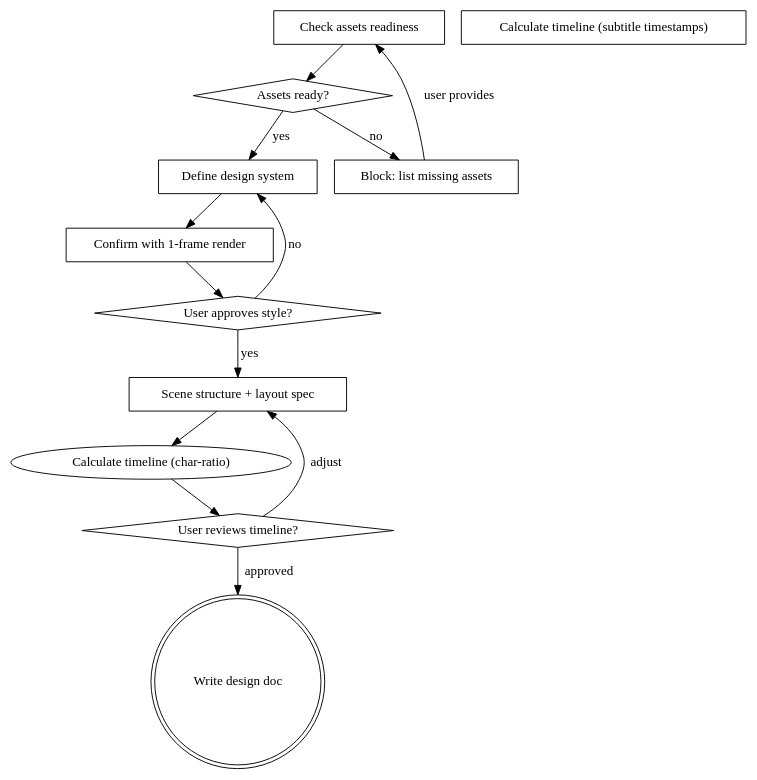
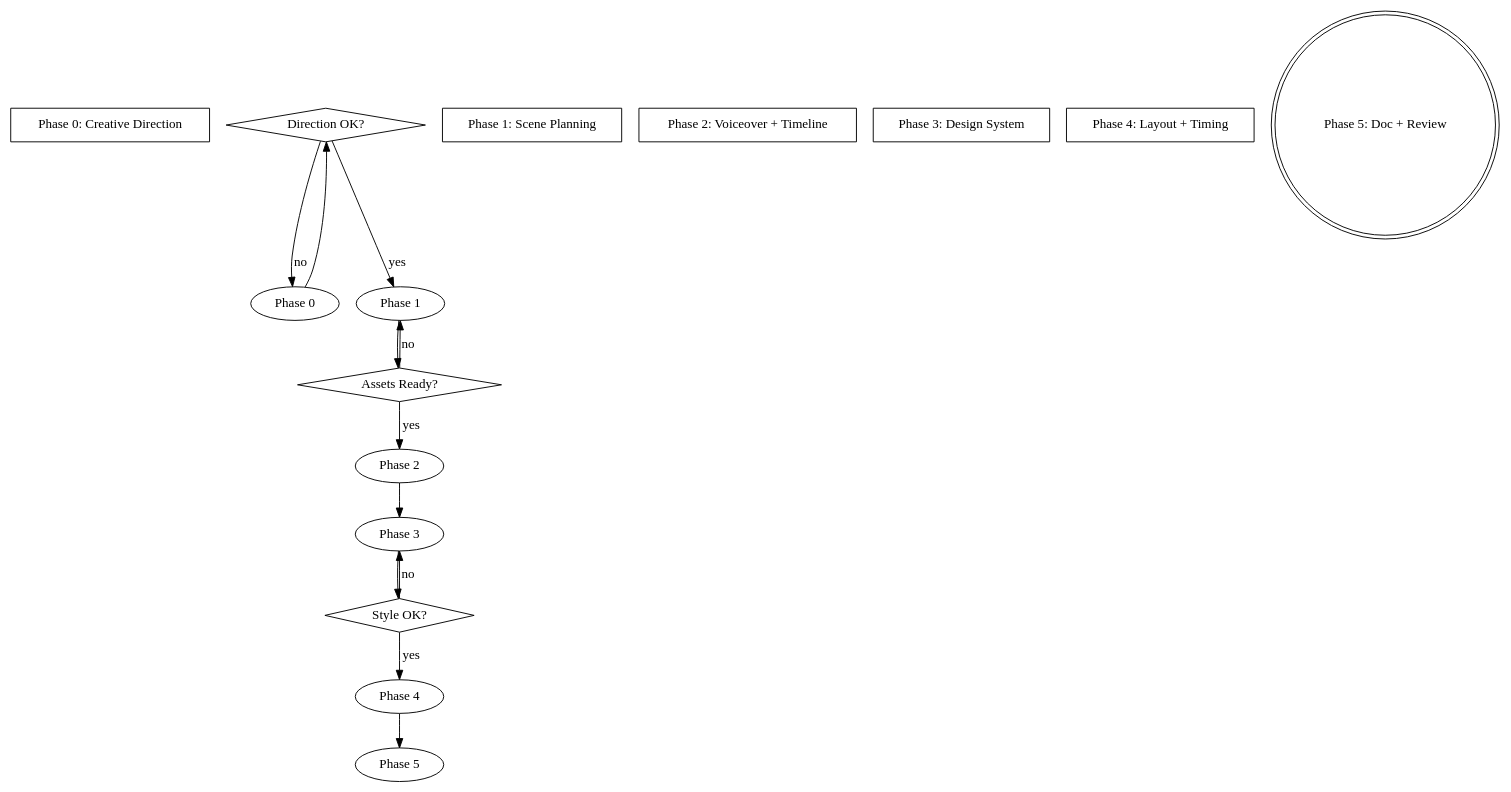
Before and after one commit to zhushanwen321/useful-dev-tools: the diagram in claude-code-tool/skills/remotion-video-design/SKILL.md, drawn with Graphviz. The commit also changed other lines of this file and 5 other files, not shown here.

````diff
--- a/claude-code-tool/skills/remotion-video-design/SKILL.md
+++ b/claude-code-tool/skills/remotion-video-design/SKILL.md
@@ -28,28 +34,26 @@
 ```dot
 digraph design {
     rankdir=TB;
-    "Check assets readiness" [shape=box];
-    "Assets ready?" [shape=diamond];
-    "Block: list missing assets" [shape=box];
-    "Define design system" [shape=box];
-    "Confirm with 1-frame render" [shape=box];
-    "User approves style?" [shape=diamond];
-    "Scene structure + layout spec" [shape=box];
-    "Calculate timeline (subtitle timestamps)" [shape=box];
-    "User reviews timeline?" [shape=diamond];
-    "Write design doc" [shape=doublecircle];
+    "Phase 0: Creative Direction" [shape=box];
+    "Direction OK?" [shape=diamond];
+    "Phase 1: Scene Planning" [shape=box];
+    "Assets Ready?" [shape=diamond];
+    "Phase 2: Voiceover + Timeline" [shape=box];
+    "Phase 3: Design System" [shape=box];
+    "Style OK?" [shape=diamond];
+    "Phase 4: Layout + Timing" [shape=box];
+    "Phase 5: Doc + Review" [shape=doublecircle];
 
-    "Check assets readiness" -> "Assets ready?";
-    "Assets ready?" -> "Block: list missing assets" [label="no"];
-    "Block: list missing assets" -> "Check assets readiness" [label="user provides"];
-    "Assets ready?" -> "Define design system" [label="yes"];
-    "Define design system" -> "Confirm with 1-frame render";
-    "Confirm with 1-frame render" -> "User approves style?";
-    "User approves style?" -> "Define design system" [label="no"];
-    "User approves style?" -> "Scene structure + layout spec" [label="yes"];
-    "Scene structure + layout spec" -> "Calculate timeline (char-ratio)";
-    "Calculate timeline (char-ratio)" -> "User reviews timeline?";
-    "User reviews timeline?" -> "Scene structure + layout spec" [label="adjust"];
-    "User reviews timeline?" -> "Write design doc" [label="approved"];
+    "Phase 0" -> "Direction OK?";
+    "Direction OK?" -> "Phase 0" [label="no"];
+    "Direction OK?" -> "Phase 1" [label="yes"];
+    "Phase 1" -> "Assets Ready?";
+    "Assets Ready?" -> "Phase 1" [label="no"];
+    "Assets Ready?" -> "Phase 2" [label="yes"];
+    "Phase 2" -> "Phase 3";
+    "Phase 3" -> "Style OK?";
+    "Style OK?" -> "Phase 3" [label="no"];
+    "Style OK?" -> "Phase 4" [label="yes"];
+    "Phase 4" -> "Phase 5";
 }
 ```
````
